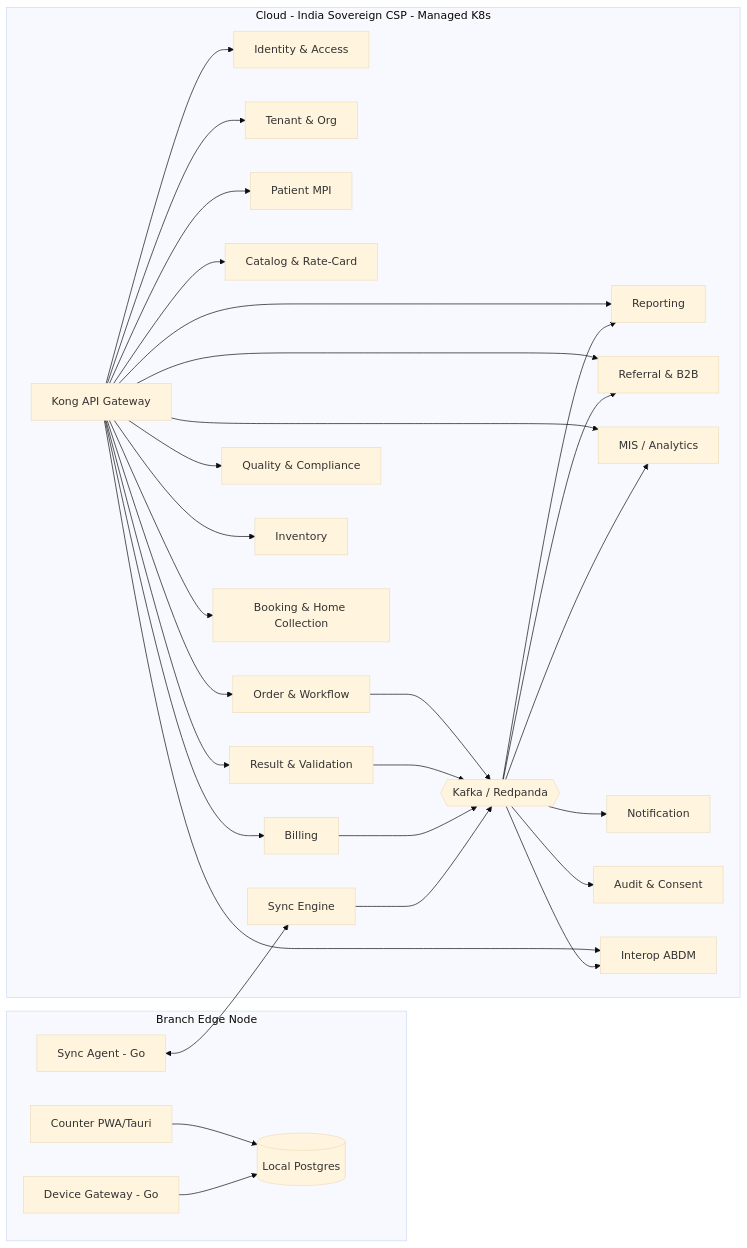
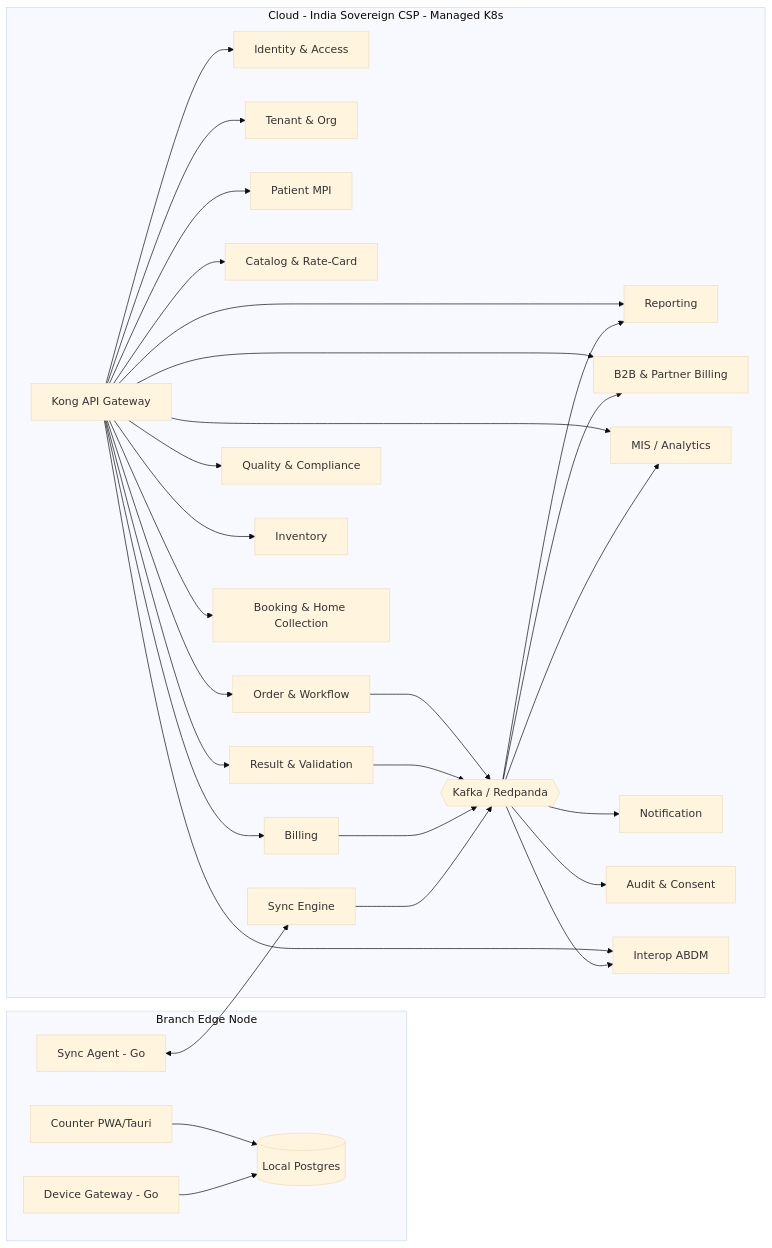
The second of 4 diagrams in docs/technical-architecture.md (pulluri-sridhar/DiagDesk), drawn with Mermaid (base theme) before and after one commit. The commit also changed other lines of this file and 16 other files, not shown here.

````diff
--- a/docs/technical-architecture.md
+++ b/docs/technical-architecture.md
@@ -101,40 +101,40 @@
 ```mermaid
 graph LR
   subgraph Edge[Branch Edge Node]
     EApp[Counter PWA/Tauri]
     EStore[(Local Postgres)]
     ESync[Sync Agent - Go]
     EDev[Device Gateway - Go]
   end
   subgraph Cloud[Cloud - India Sovereign CSP - Managed K8s]
     KONG[Kong API Gateway]
     IAM[Identity & Access]
     TEN[Tenant & Org]
     PAT[Patient MPI]
     CAT[Catalog & Rate-Card]
     ORD[Order & Workflow]
     RES[Result & Validation]
     REP[Reporting]
     BIL[Billing]
-    REF[Referral & B2B]
+    REF[B2B & Partner Billing]
     QC[Quality & Compliance]
     INV[Inventory]
     BOOK[Booking & Home Collection]
     MIS[MIS / Analytics]
     NOTI[Notification]
     AUD[Audit & Consent]
     SYNC[Sync Engine]
     INTEROP[Interop ABDM]
     BUS{{Kafka / Redpanda}}
   end
 
   EApp --> EStore
   EDev --> EStore
   ESync <--> SYNC
   KONG --> IAM & TEN & PAT & CAT & ORD & RES & REP & BIL & REF & QC & INV & BOOK & MIS & INTEROP
   ORD --> BUS
   RES --> BUS
   BIL --> BUS
   BUS --> REP & REF & MIS & NOTI & AUD & INTEROP
   SYNC --> BUS
 ```
````
